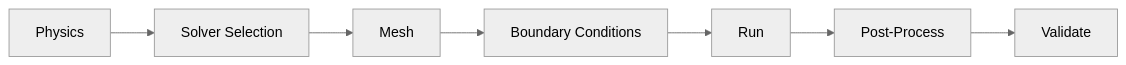
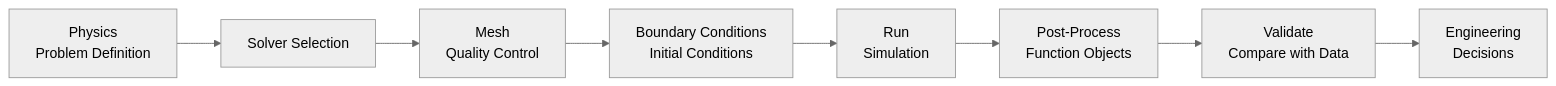
Before and after one commit to wramet/build-my-cfd: the diagram in MODULE_03_SINGLE_PHASE_FLOW/CONTENT/05_PRACTICAL_APPLICATIONS/00_Overview.md, drawn with Mermaid (neutral theme). The commit also changed other lines of this file and 54 other files, not shown here.

````diff
--- a/MODULE_03_SINGLE_PHASE_FLOW/CONTENT/05_PRACTICAL_APPLICATIONS/00_Overview.md
+++ b/MODULE_03_SINGLE_PHASE_FLOW/CONTENT/05_PRACTICAL_APPLICATIONS/00_Overview.md
@@ -18,9 +38,10 @@
 ```mermaid
 flowchart LR
-    A[Physics] --> B[Solver Selection]
-    B --> C[Mesh]
-    C --> D[Boundary Conditions]
-    D --> E[Run]
-    E --> F[Post-Process]
-    F --> G[Validate]
+    A[Physics<br/>Problem Definition] --> B[Solver Selection]
+    B --> C[Mesh<br/>Quality Control]
+    C --> D[Boundary Conditions<br/>Initial Conditions]
+    D --> E[Run<br/>Simulation]
+    E --> F[Post-Process<br/>Function Objects]
+    F --> G[Validate<br/>Compare with Data]
+    G --> H[Engineering<br/>Decisions]
 ```
````
